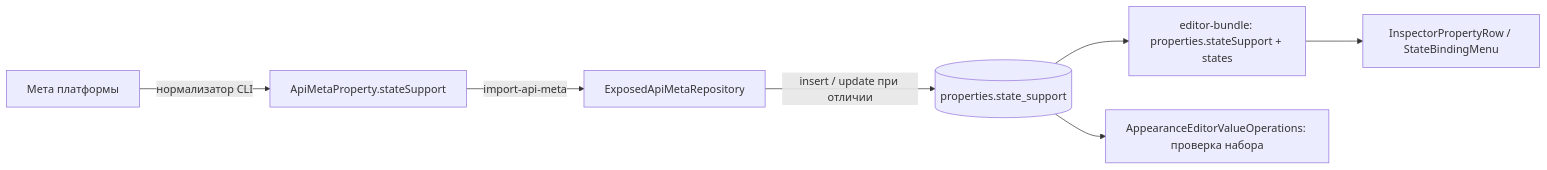
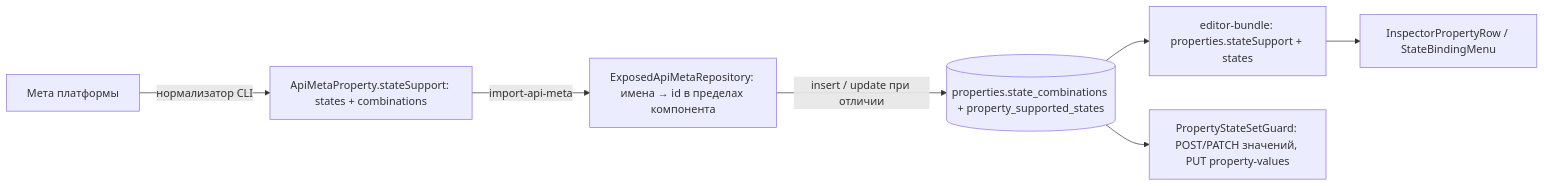
The first of 2 diagrams in openspec/changes/add-property-state-support/design.md (salute-developers/design-system-builder), drawn with Mermaid before and after one commit. The commit also changed other lines of this file and 8 other files, not shown here.

Commit message:
docs(openspec): add-property-state-support — явный список состояний свойства и флаг сочетаний, проверка на всех маршрутах записи, состояния по идентификаторам компонента

````diff
--- a/openspec/changes/add-property-state-support/design.md
+++ b/openspec/changes/add-property-state-support/design.md
@@ -62,9 +92,9 @@
 ```mermaid
 flowchart LR
-    M[Мета платформы] -->|нормализатор CLI| N["ApiMetaProperty.stateSupport"]
-    N -->|import-api-meta| I[ExposedApiMetaRepository]
-    I -->|insert / update при отличии| P[(properties.state_support)]
+    M[Мета платформы] -->|нормализатор CLI| N["ApiMetaProperty.stateSupport: states + combinations"]
+    N -->|import-api-meta| I[ExposedApiMetaRepository: имена → id в пределах компонента]
+    I -->|insert / update при отличии| P[(properties.state_combinations + property_supported_states)]
     P --> B[editor-bundle: properties.stateSupport + states]
-    P --> W[AppearanceEditorValueOperations: проверка набора]
+    P --> W[PropertyStateSetGuard: POST/PATCH значений, PUT property-values]
     B --> E[InspectorPropertyRow / StateBindingMenu]
 ```
````
